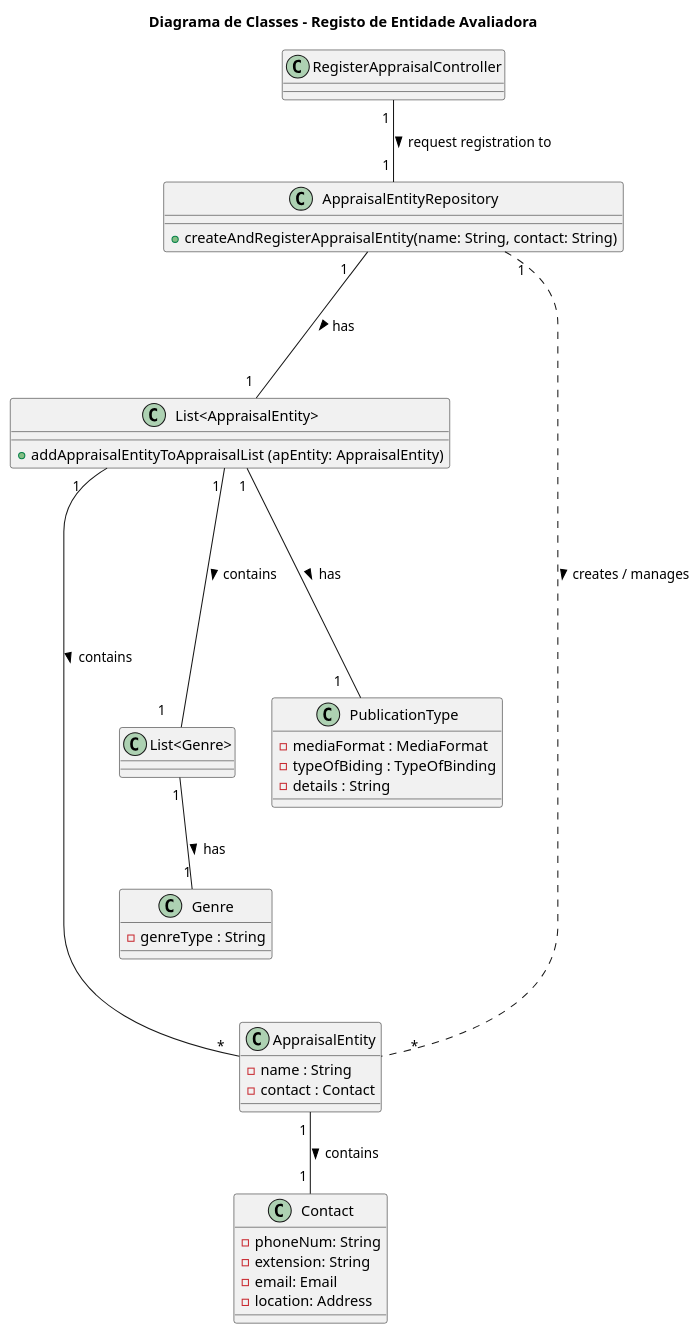
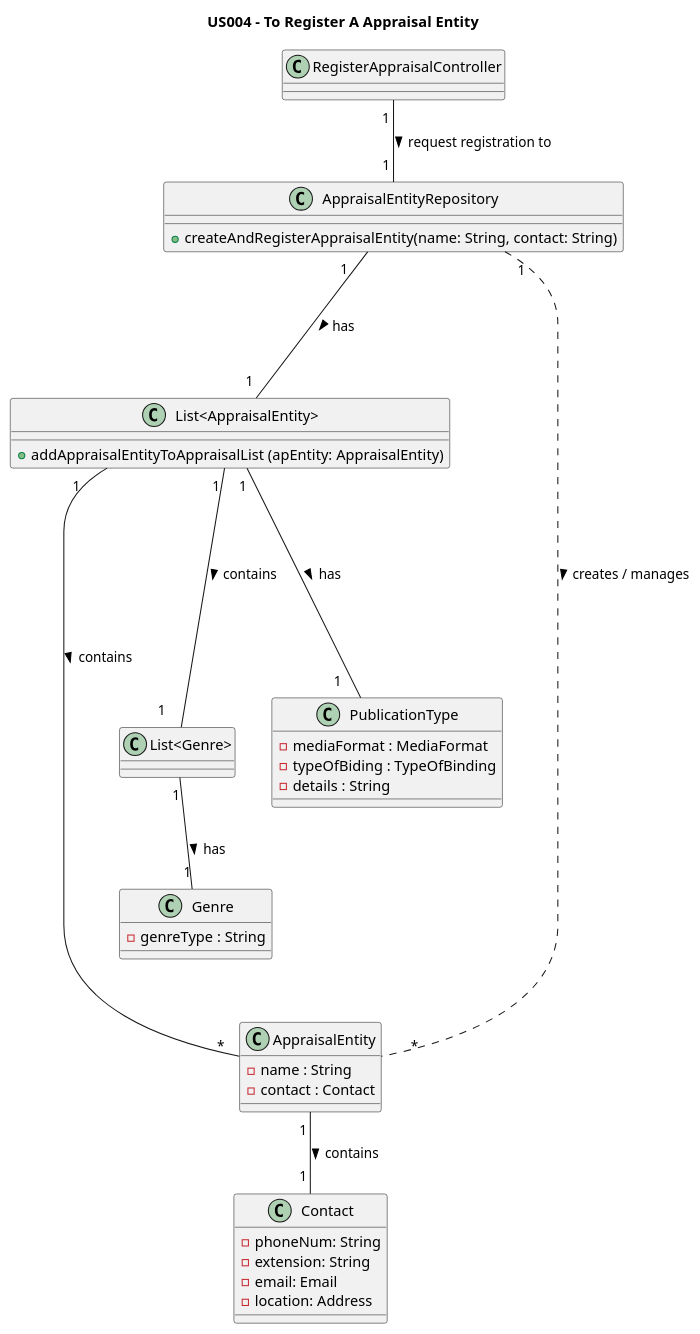
The diagram in Diagrams/ClassDiagrams/US004-to-register-an-appraisal-entity.puml (AndrePereiraGitH/SWitCH-Project-Team_A), drawn with PlantUML before and after one commit. The commit also changed 12 other files, not shown here.

```diff
--- a/Diagrams/ClassDiagrams/US004-to-register-an-appraisal-entity.puml
+++ b/Diagrams/ClassDiagrams/US004-to-register-an-appraisal-entity.puml
@@ -1,55 +1,55 @@
 @startuml
-title Diagrama de Classes - Registo de Entidade Avaliadora
+title US004 - To Register A Appraisal Entity
 
 class AppraisalEntityRepository {
   +createAndRegisterAppraisalEntity(name: String, contact: String)
 ' Those methods are part of createAndRegisterAppraisalEntity
 '  +validateAppraisalEntity(ae: AppraisalEntity) : boolean
 '  +addToAppraisalEntityList(ae: AppraisalEntity) : void
 }
 
 class "List<AppraisalEntity>" {
   +addAppraisalEntityToAppraisalList (apEntity: AppraisalEntity)
 }
 
 
 class AppraisalEntity {
   -name : String
   -contact : Contact
 }
 
 class "List<Genre>" {
 }
 
 class Genre {
   -genreType : String
 }
 
 class PublicationType {
   -mediaFormat : MediaFormat
   -typeOfBiding : TypeOfBinding
   -details : String
 }
 
 class Contact {
   -phoneNum: String
   -extension: String
   -email: Email
   -location: Address
 }
 
 ' Interactions
 
 RegisterAppraisalController "1 " -- "1 " AppraisalEntityRepository : request registration to >
 AppraisalEntityRepository "    1" .------- "      *   " AppraisalEntity : creates / manages >
 AppraisalEntityRepository "1    " --- " 1  " "List<AppraisalEntity>" : has >
 
 "List<AppraisalEntity>" "1 " -- " *  " AppraisalEntity : contains >
 "List<AppraisalEntity>" "1 " ---- " 1    " "List<Genre>" : contains >
 "List<AppraisalEntity>" "1 " ---- " 1    " PublicationType : has >
 
 "List<Genre>" "1" -- "1" Genre : has >
 
 AppraisalEntity "1 " -- "1 " Contact : contains >
 
 @enduml
```
